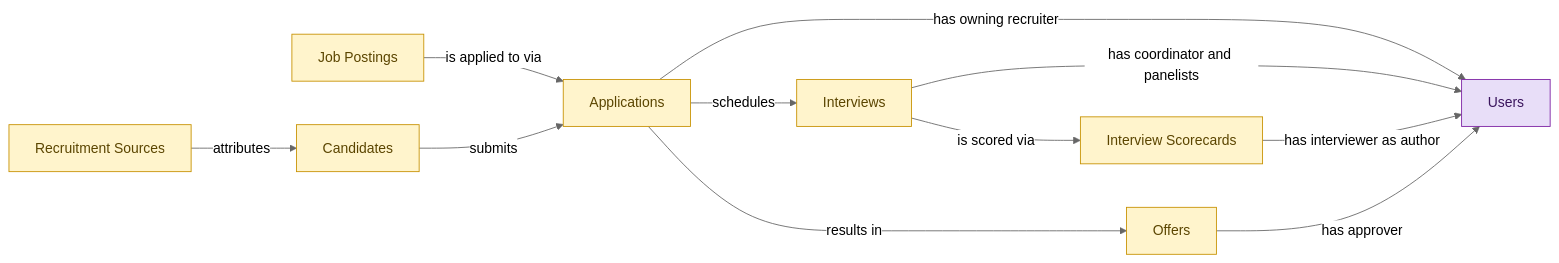
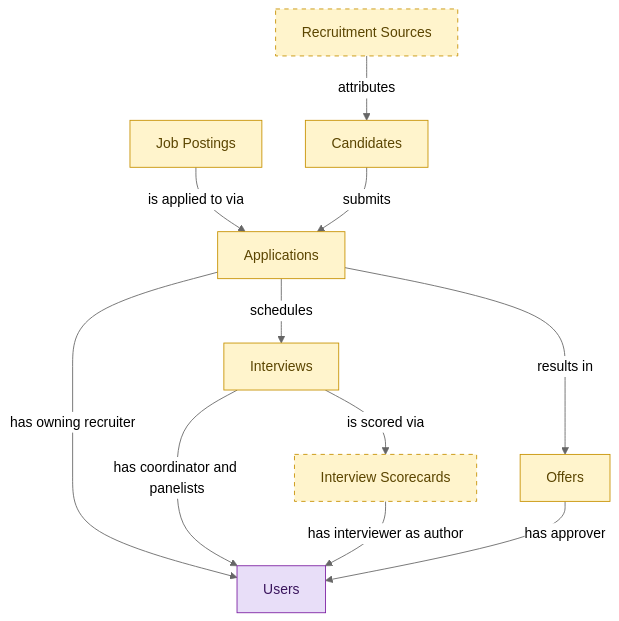
Before and after one commit to IntranetFactory/domain-map: the diagram in blueprints/hiring-starter-semantic-blueprint.md, drawn with Mermaid (neutral theme). The commit also changed other lines of this file and 23 other files, not shown here.

````diff
--- a/blueprints/hiring-starter-semantic-blueprint.md
+++ b/blueprints/hiring-starter-semantic-blueprint.md
@@ -33,31 +33,33 @@
 ```mermaid
-flowchart LR
+flowchart TD
   classDef embedded_master fill:#fff4cc,stroke:#c79100,color:#5b4500;
   classDef consumer fill:#e8def8,stroke:#7b1fa2,color:#3a155d;
   candidates["Candidates"]
   job_postings["Job Postings"]
   job_applications["Applications"]
   interviews["Interviews"]
   interview_scorecards["Interview Scorecards"]
   job_offers["Offers"]
   recruitment_sources["Recruitment Sources"]
   users["Users"]
   job_postings -->|"is applied to via"| job_applications
   candidates -->|"submits"| job_applications
   recruitment_sources -->|"attributes"| candidates
   job_applications -->|"schedules"| interviews
   interviews -->|"is scored via"| interview_scorecards
   job_applications -->|"results in"| job_offers
   job_applications -->|"has owning recruiter"| users
   interviews -->|"has coordinator and panelists"| users
   interview_scorecards -->|"has interviewer as author"| users
   job_offers -->|"has approver"| users
   class candidates embedded_master;
   class job_postings embedded_master;
   class job_applications embedded_master;
   class interviews embedded_master;
   class interview_scorecards embedded_master;
   class job_offers embedded_master;
   class recruitment_sources embedded_master;
   class users consumer;
+  style interview_scorecards stroke-dasharray:5 5;
+  style recruitment_sources stroke-dasharray:5 5;
 ```
````
